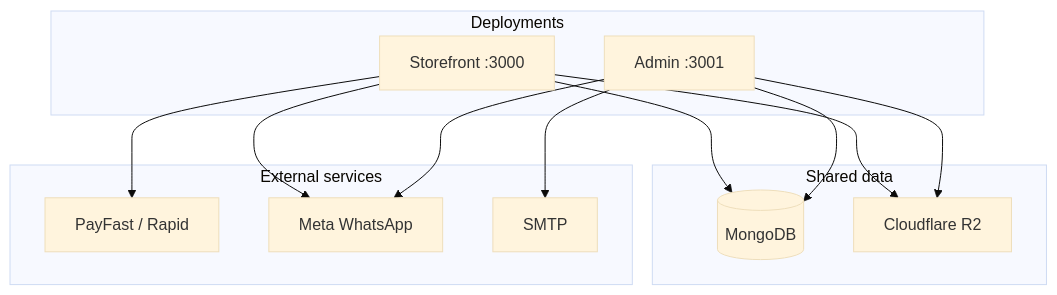
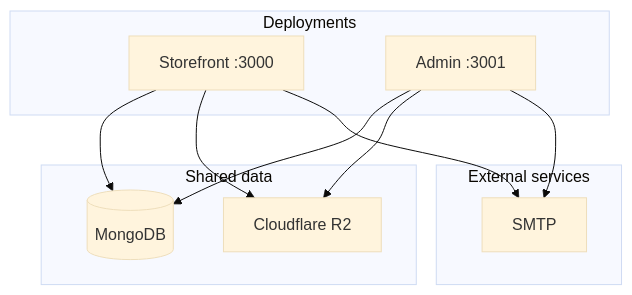
Before and after one commit to single-solution/ibrahimMobiles: the first of 5 diagrams in docs/architecture.md, drawn with Mermaid (base theme). The commit also changed other lines of this file and 14 other files, not shown here.

First line of the commit message:
fix: lock off Meta WhatsApp Cloud and online card gateways

````diff
--- a/docs/architecture.md
+++ b/docs/architecture.md
@@ -35,24 +35,20 @@
 ```mermaid
 graph TB
   subgraph deploy [Deployments]
     WEB[Storefront :3000]
     ADM[Admin :3001]
   end
   subgraph data [Shared data]
     MONGO[(MongoDB)]
     BLOB[Cloudflare R2]
   end
   subgraph external [External services]
-    PF[PayFast / Rapid]
-    WA[Meta WhatsApp]
     RS[SMTP]
   end
   WEB --> MONGO
   ADM --> MONGO
   WEB --> BLOB
   ADM --> BLOB
-  WEB --> PF
-  WEB --> WA
   ADM --> RS
-  ADM --> WA
+  WEB --> RS
 ```
````
